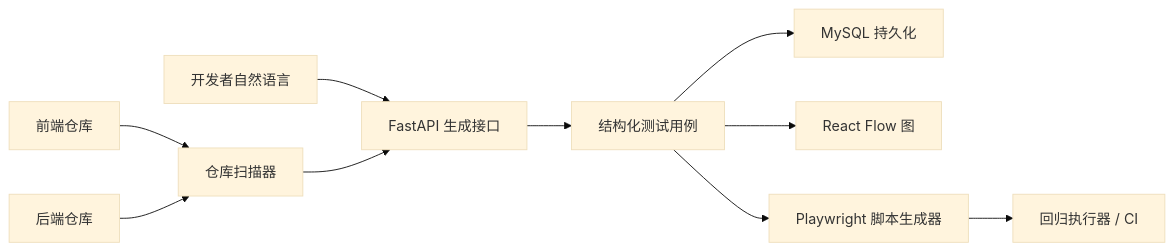
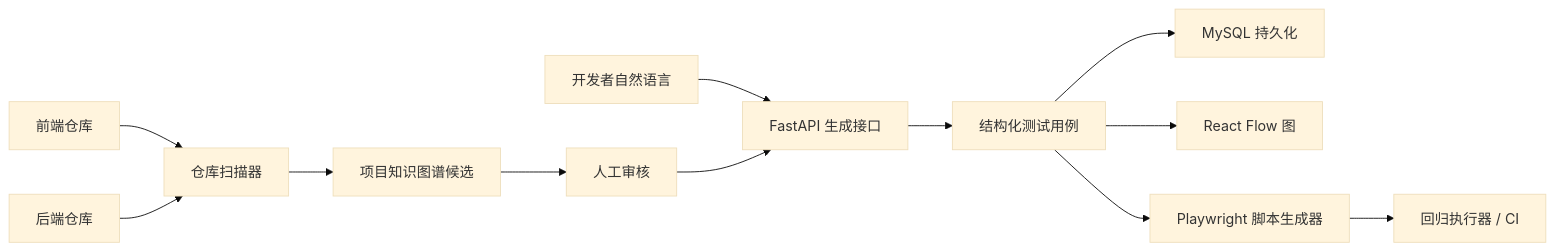
One commit to xTreeRoot/beautiful-e2e changed the diagram in docs/architecture.md. Above: the diagram before and after it, drawn with Mermaid (base theme). The commit also changed other lines of this file and 26 other files, not shown here.

First line of the commit message:
feat(knowledge-graph): 支持项目知识图谱的生成与管理

````diff
--- a/docs/architecture.md
+++ b/docs/architecture.md
@@ -14,12 +14,14 @@
 ```mermaid
 flowchart LR
   A["开发者自然语言"] --> B["FastAPI 生成接口"]
   C["前端仓库"] --> D["仓库扫描器"]
   E["后端仓库"] --> D
-  D --> B
+  D --> K["项目知识图谱候选"]
+  K --> R["人工审核"]
+  R --> B
   B --> F["结构化测试用例"]
   F --> G["MySQL 持久化"]
   F --> H["React Flow 图"]
   F --> I["Playwright 脚本生成器"]
   I --> J["回归执行器 / CI"]
 ```
````
